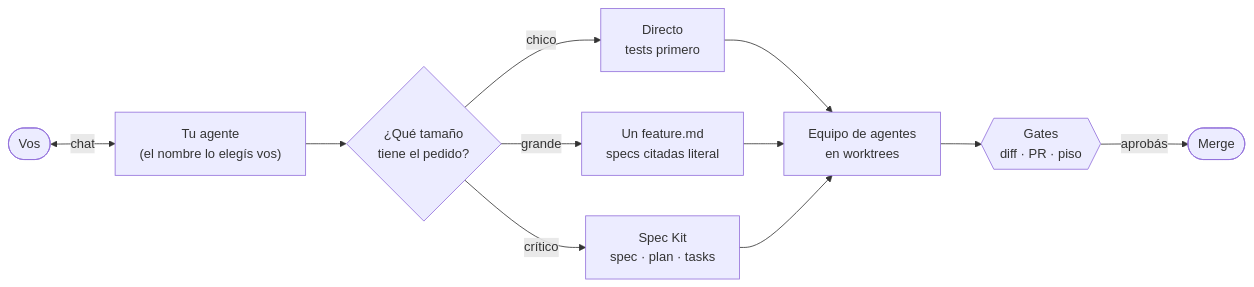
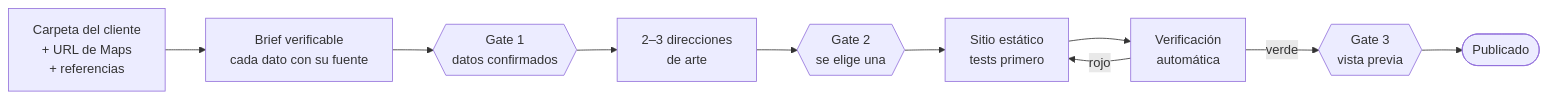
The diagram in README.md (amiretti/SpecMate), drawn with Mermaid before and after one commit. The commit also changed other lines of this file and 24 other files, not shown here.

````diff
--- a/README.md
+++ b/README.md
@@ -45,11 +47,12 @@
 ```mermaid
 flowchart LR
-    Dev([Vos]) <-->|chat| Chief["Tu agente<br/>(el nombre lo elegís vos)"]
-    Chief --> Clasif{"¿Qué tamaño<br/>tiene el pedido?"}
-    Clasif -->|chico| Chica["Directo<br/>tests primero"]
-    Clasif -->|grande| Grande["Un feature.md<br/>specs citadas literal"]
-    Clasif -->|crítico| SDD["Spec Kit<br/>spec · plan · tasks"]
-    Chica & Grande & SDD --> Equipo["Equipo de agentes<br/>en worktrees"]
-    Equipo --> Gates{{"Gates<br/>diff · PR · piso"}}
-    Gates -->|aprobás| Merge([Merge])
+    In["Carpeta del cliente<br/>+ URL de Maps<br/>+ referencias"] --> Brief["Brief verificable<br/>cada dato con su fuente"]
+    Brief --> G1{{"Gate 1<br/>datos confirmados"}}
+    G1 --> Arte["2–3 direcciones<br/>de arte"]
+    Arte --> G2{{"Gate 2<br/>se elige una"}}
+    G2 --> Build["Sitio estático<br/>tests primero"]
+    Build --> Verify["Verificación<br/>automática"]
+    Verify -->|rojo| Build
+    Verify -->|verde| G3{{"Gate 3<br/>vista previa"}}
+    G3 --> Pub([Publicado])
 ```
````
